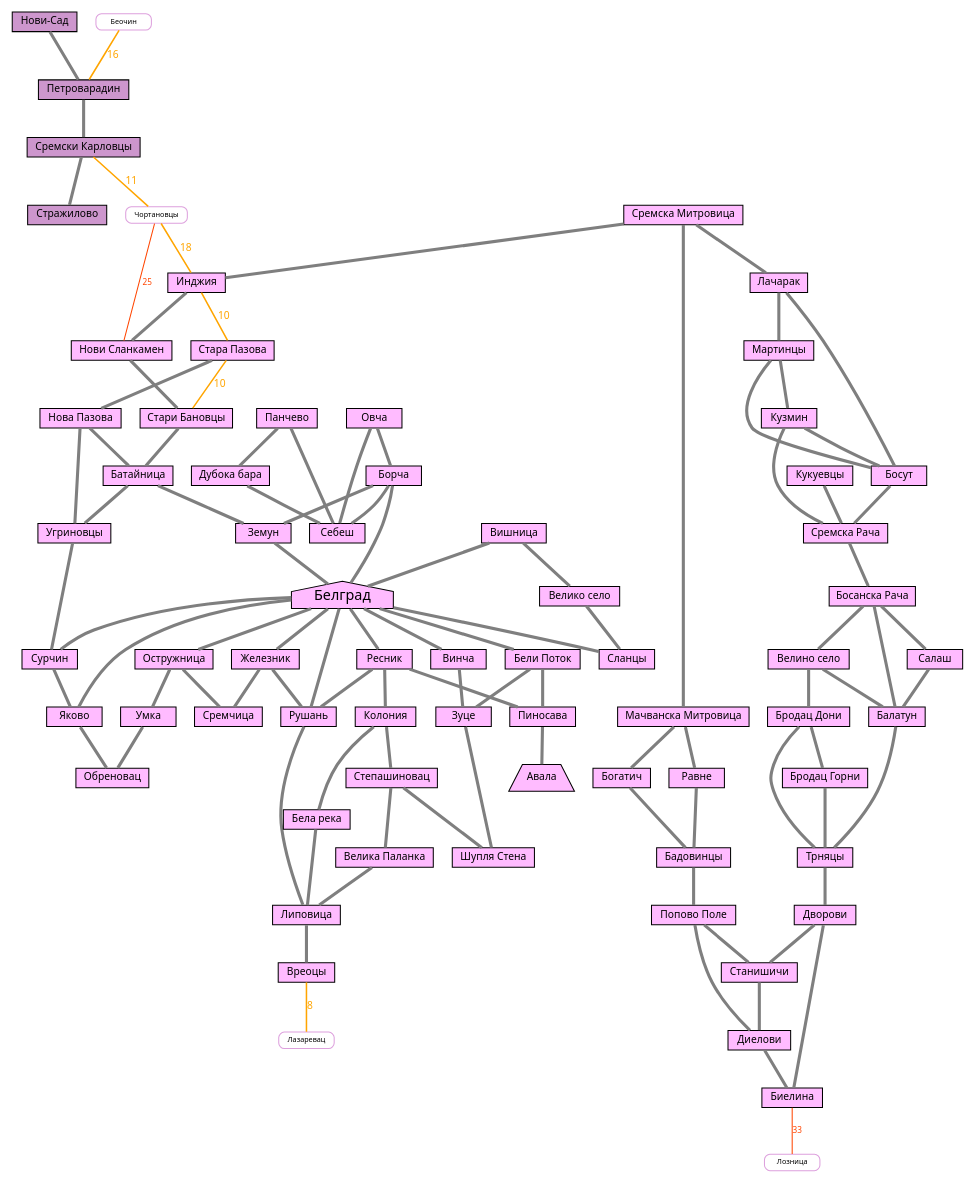
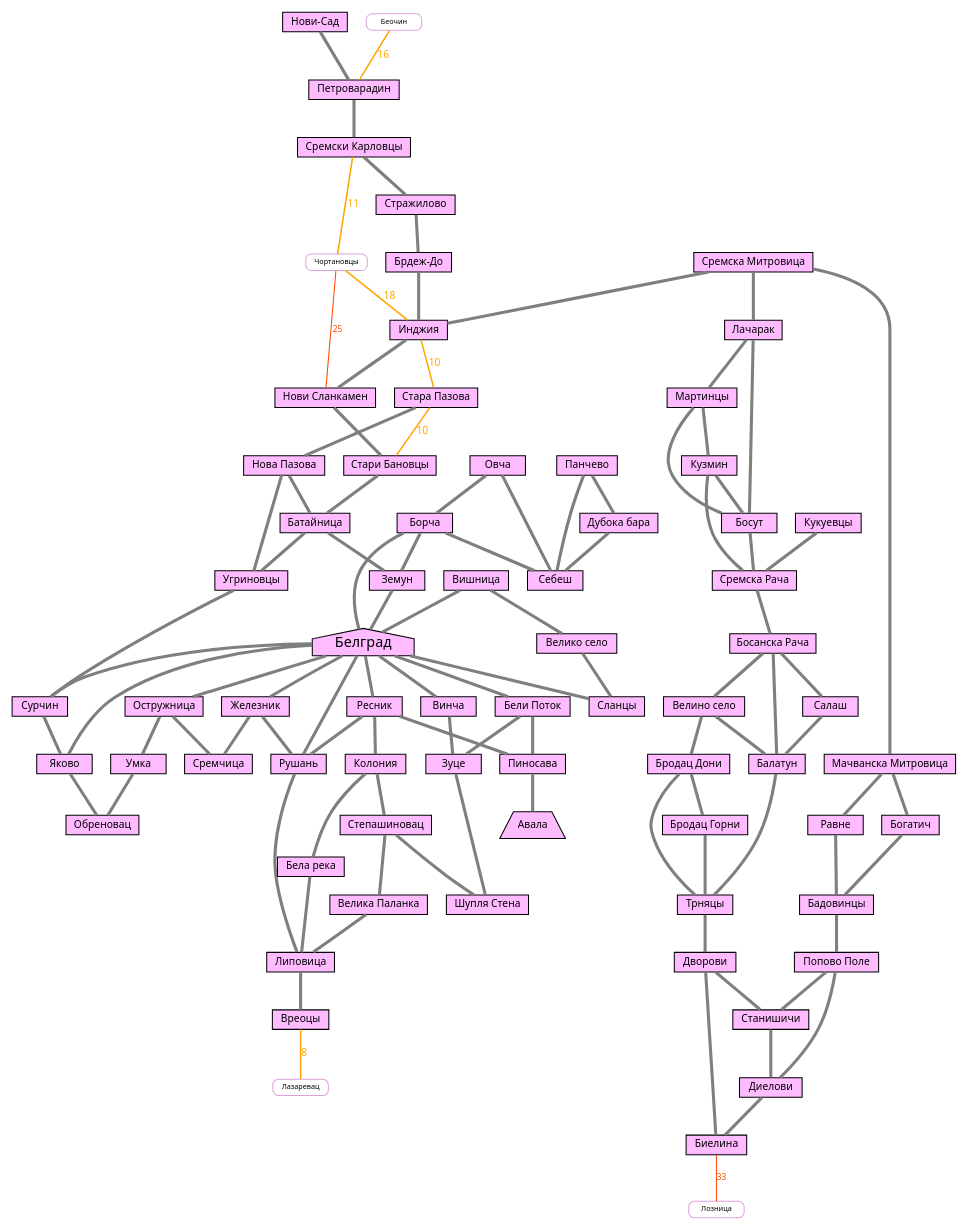
Before and after one commit to shoorick/bike-area: the diagram in serbia.dot, drawn with Graphviz. The commit also changed 5 other files, not shown here.

Commit message:
Expand Serbian graph: ride Stražilovo → Brdež do → Inđija, merge Serbian subgraphs

```diff
--- a/serbia.dot
+++ b/serbia.dot
@@ -1,84 +1,80 @@
 graph G {
     node [ shape=box, fontsize=10, fontname="Noto Sans,sans", style=filled, height=0.2 ]
     edge [ color=gray50, penwidth=3, fontname="Noto Sans,sans" ]
     graph [ overlap=false ]
 
     subgraph belgrade {
     node [ fillcolor=plum1 ]
     Белград [ shape=house, fontsize=14, margin=0.01 ]
     Авала [ shape=trapezium, margin=0.01 ]
 
     "Стара Пазова" -- "Нова Пазова" -- Батайница -- Земун -- Белград
     Белград -- {Ресник Рушань Сланцы Сурчин}
     Вишница -- "Велико село" -- Сланцы
     Вишница -- Белград
     Ресник -- Рушань -- Липовица -- Вреоцы
     Ресник -- Пиносава
     Ресник -- Колония -- "Бела река" -- Липовица
     Степашиновац -- "Велика Паланка" -- Липовица
     Колония -- Степашиновац -- "Шупля Стена"
     Белград -- Винча -- Зуце -- "Шупля Стена"
     Белград -- "Бели Поток" -- Зуце
     "Бели Поток" -- Пиносава -- Авала
     Белград -- Железник -- Рушань
     "Сремска Митровица" -- Инджия -- "Нови Сланкамен" -- "Стари Бановцы" -- Батайница
     "Нова Пазова" -- Угриновцы
     Батайница -- Угриновцы -- Сурчин -- Яково
     Овча -- Борча -- Белград -- Яково -- Обреновац
     Белград -- Остружница -- Умка -- Обреновац
     { Железник Остружница } -- Сремчица
     Овча -- Себеш
     Борча -- Себеш
     Борча -- Земун
     Панчево -- Себеш
     Панчево -- "Дубока бара" -- Себеш
 
     "Сремска Митровица" -- Лачарак -- Мартинцы -- Кузмин -- Босут
     Лачарак -- Босут
     Мартинцы -- Босут -- "Сремска Рача" -- "Босанска Рача" -- Балатун -- Трняцы
     { Кукуевцы Кузмин } -- "Сремска Рача"
     "Босанска Рача" -- "Велино село" -- "Бродац Дони" -- "Бродац Горни" -- Трняцы
     "Босанска Рача" -- Салаш -- Балатун
     "Велино село" -- Балатун
     "Бродац Дони" -- Трняцы -- Дворови -- Биелина
     Дворови -- Станишичи -- Диелови -- Биелина
     "Сремска Митровица" -- "Мачванска Митровица" -- { Равне Богатич } -- Бадовинцы
     Бадовинцы -- "Попово Поле" -- Станишичи
     "Попово Поле" -- Диелови
-}
 
-subgraph novisad {
-    node [ fillcolor=plum3 ]
-
-    "Нови-Сад" -- Петроварадин -- "Сремски Карловцы" -- Стражилово
+    "Нови-Сад" -- Петроварадин -- "Сремски Карловцы" -- Стражилово -- "Брдеж-До" -- Инджия
 }
 
 subgraph failed {
     node [ shape=Mrecord,fillcolor=white,color=plum,fontsize=7, height=0.1 ]
 
     // Ближайшие — можно пройти за час, до 15-20 км
     edge [ color=orange, fontcolor=orange, fontsize=10, penwidth=1.5 ]
     Инджия -- "Стара Пазова" [ label=10 ]
     "Стара Пазова" -- "Стари Бановцы" [ label=10 ]
     Вреоцы -- Лазаревац [ label=8 ]
 
     Беочин -- Петроварадин [ label=16 ]
     "Сремски Карловцы" -- Чортановцы [ label=11 ]
     Чортановцы -- Инджия [ label=18 ]
 
     // Ближние, до 40 км
     edge [ color=orangered, fontcolor=orangered, fontsize=8, penwidth=1 ]
     Чортановцы -- "Нови Сланкамен" [ label=25 ]
     Биелина -- Лозница [ label=33 ]
 
     // Средние — можно пройти за день
     // edge [ color=red, fontcolor=red, style="dashed" ]
 
     // Дальние (от 100 км)
     //edge [ color=plum, fontcolor=plum, style="dotted" ]
 
     // Самые дальние — нереально проехать
     // edge [ color=skyblue, fontcolor=skyblue ]
 }
 
 }
```
